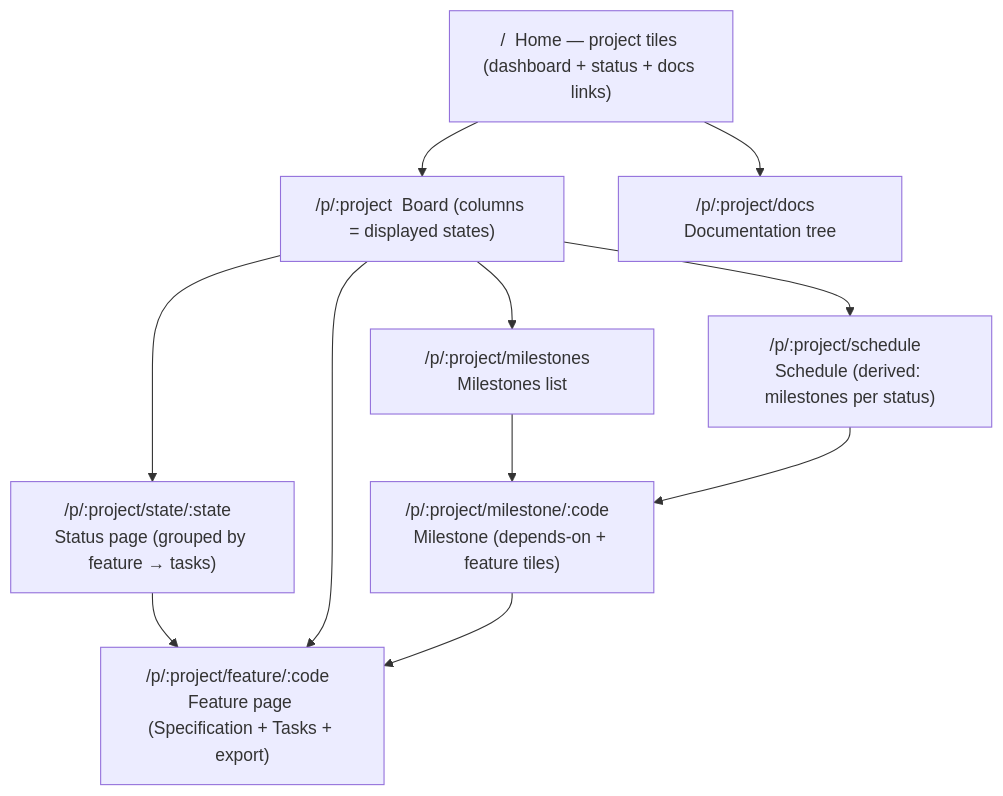
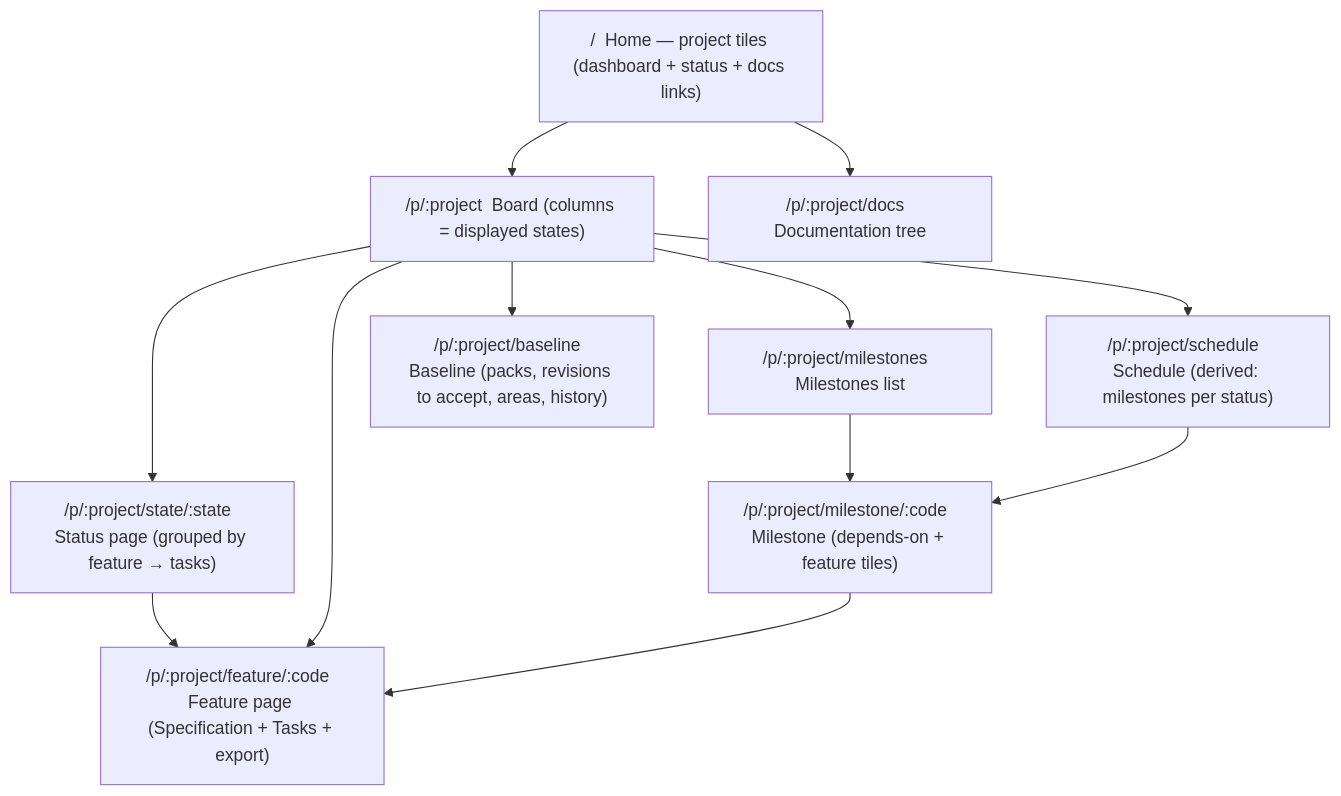
The diagram in docs/guide/architecture/monitor.md (startr-trade/kanbanr), drawn with Mermaid before and after one commit. The commit also changed 12 other files, not shown here.

````diff
--- a/docs/guide/architecture/monitor.md
+++ b/docs/guide/architecture/monitor.md
@@ -5,17 +5,19 @@
 ```mermaid
 flowchart TD
   Home["/  Home — project tiles (dashboard + status + docs links)"]
   Board["/p/:project  Board (columns = displayed states)"]
   Status["/p/:project/state/:state  Status page (grouped by feature → tasks)"]
   Feature["/p/:project/feature/:code  Feature page (Specification + Tasks + export)"]
   Ms["/p/:project/milestones  Milestones list"]
   MsOne["/p/:project/milestone/:code  Milestone (depends-on + feature tiles)"]
   Sched["/p/:project/schedule  Schedule (derived: milestones per status)"]
   Docs["/p/:project/docs  Documentation tree"]
+  Base["/p/:project/baseline  Baseline (packs, revisions to accept, areas, history)"]
 
   Home --> Board --> Status --> Feature
   Board --> Feature
   Board --> Ms --> MsOne --> Feature
   Board --> Sched --> MsOne
   Home --> Docs
+  Board --> Base
 ```
````
